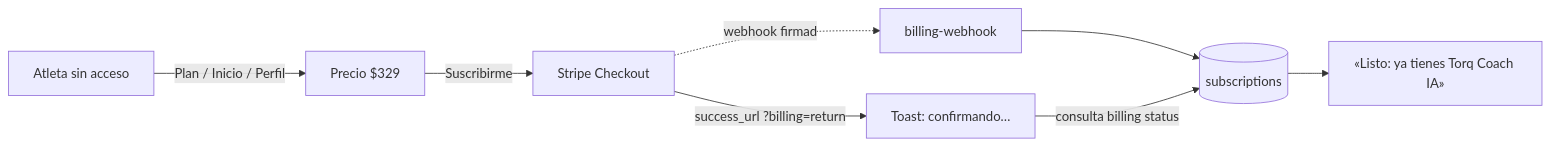
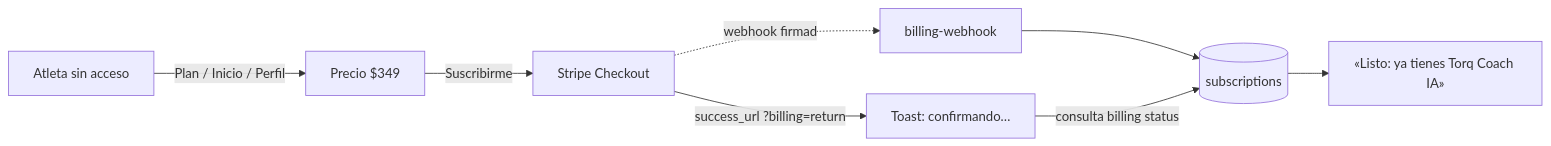
One commit to TheDiegoFrade/cycling_app changed the first of 2 diagrams in docs/cobro-y-registro.md. Above: the diagram before and after it, drawn with Mermaid. The commit also changed other lines of this file and 1 other file, not shown here.

First line of the commit message:
Docs de cobro: Stripe en modo live y precio de $349 (#84)

````diff
--- a/docs/cobro-y-registro.md
+++ b/docs/cobro-y-registro.md
@@ -39,10 +42,10 @@
 ```mermaid
 flowchart LR
-  A[Atleta sin acceso] -->|Plan / Inicio / Perfil| P[Precio $329]
+  A[Atleta sin acceso] -->|Plan / Inicio / Perfil| P[Precio $349]
   P -->|Suscribirme| MP[Stripe Checkout]
   MP -->|success_url ?billing=return| T[Toast: confirmando…]
   MP -.webhook firmado.-> W[billing-webhook]
   W --> S[(subscriptions)]
   T -->|consulta billing status| S
   S --> OK[«Listo: ya tienes Torq Coach IA»]
 ```
````
